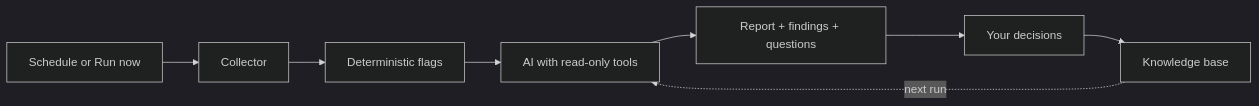
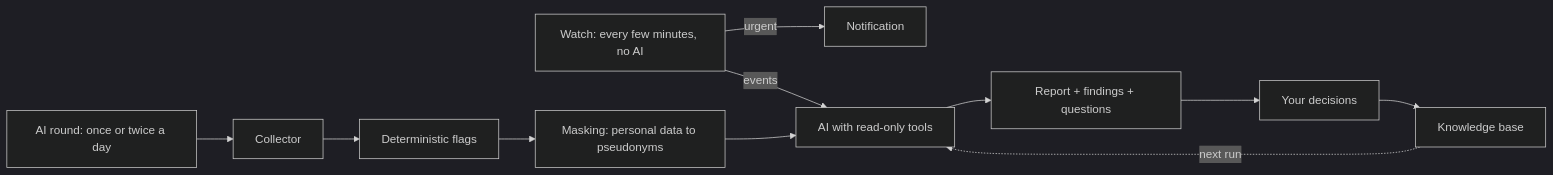
Before and after one commit to dururustem68/wazuh-daily-triage: the diagram in docs/wiki/Home.md, drawn with Mermaid (dark theme). The commit also changed other lines of this file and 23 other files, not shown here.

First line of the commit message:
feat: personal-data masking on by default; docs: wiki home as an on-call companion (EN, TR, ES, FR); release 0.10.1

````diff
--- a/docs/wiki/Home.md
+++ b/docs/wiki/Home.md
@@ -55,10 +80,13 @@
 ```mermaid
 flowchart LR
-  S[Schedule or Run now] --> C[Collector]
+  W[Watch: every few minutes, no AI] -->|urgent| N[Notification]
+  W -->|events| A
+  S[AI round: once or twice a day] --> C[Collector]
   C --> F[Deterministic flags]
-  F --> A[AI with read-only tools]
+  F --> M[Masking: personal data to pseudonyms]
+  M --> A[AI with read-only tools]
   A --> R[Report + findings + questions]
   R --> D[Your decisions]
   D --> K[Knowledge base]
   K -. next run .-> A
 ```
````
